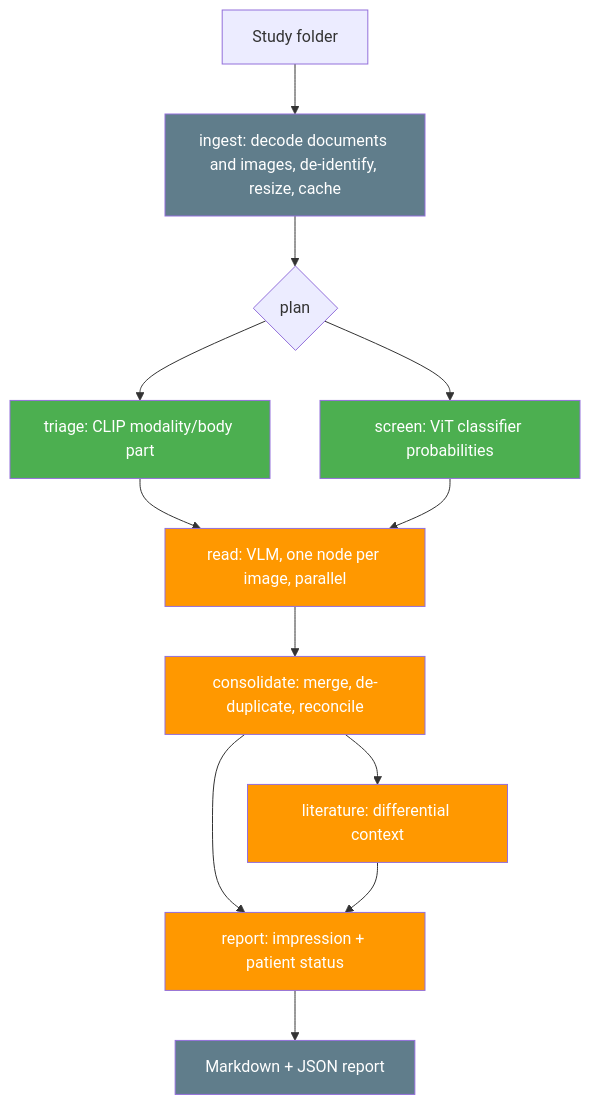
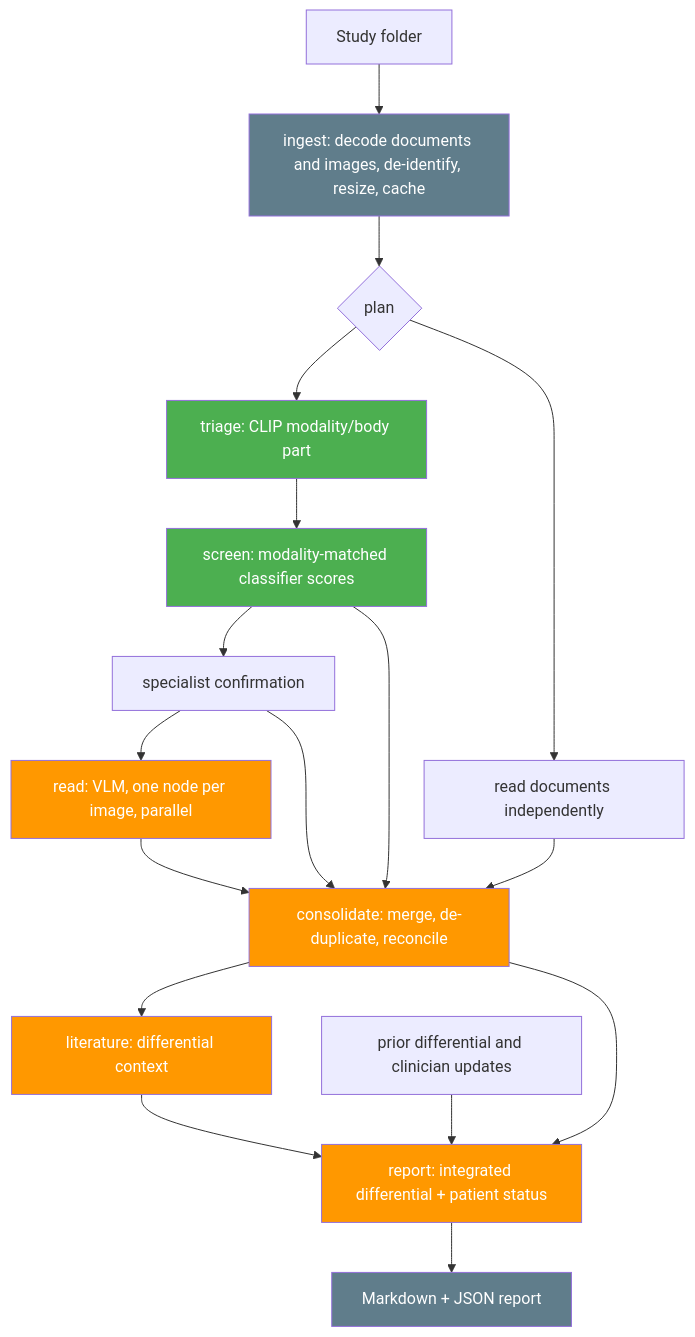
One commit to hisham1665/VOS_v.0.0.1 changed the diagram in docs/ARCHITECTURE.md. Above: the diagram before and after it, drawn with Mermaid. The commit also changed other lines of this file and 83 other files, not shown here.

````diff
--- a/docs/ARCHITECTURE.md
+++ b/docs/ARCHITECTURE.md
@@ -54,21 +61,26 @@
 ```mermaid
 flowchart TD
     A[Study folder] --> B[ingest: decode documents and images, de-identify, resize, cache]
     B --> C{plan}
     C --> D[triage: CLIP modality/body part]
-    C --> E[screen: ViT classifier probabilities]
-    D --> F[read: VLM, one node per image, parallel]
-    E --> F
+    D --> E[screen: modality-matched classifier scores]
+    E --> K[specialist confirmation]
+    K --> F[read: VLM, one node per image, parallel]
+    C --> L[read documents independently]
     F --> G[consolidate: merge, de-duplicate, reconcile]
+    L --> G
+    E --> G
+    K --> G
     G --> H[literature: differential context]
-    G --> I[report: impression + patient status]
+    G --> I[report: integrated differential + patient status]
+    M[prior differential and clinician updates] --> I
     H --> I
     I --> J[Markdown + JSON report]
 
     classDef local fill:#4CAF50,color:#fff
     classDef remote fill:#FF9800,color:#fff
     classDef pure fill:#607D8B,color:#fff
     class B,J pure
     class D,E local
     class F,G,H,I remote
 ```
````
